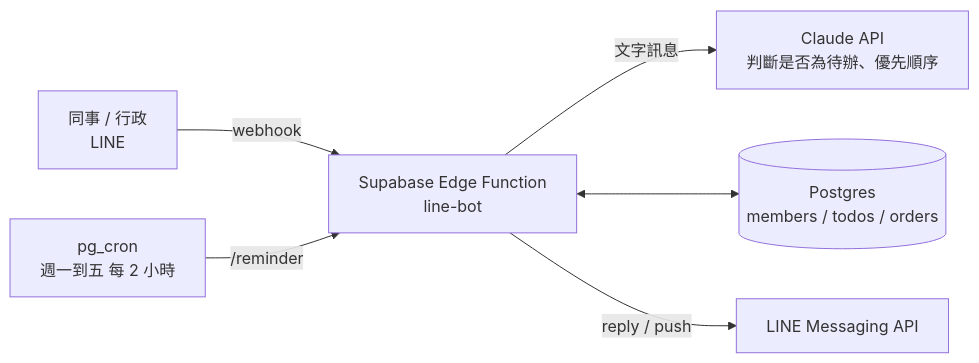
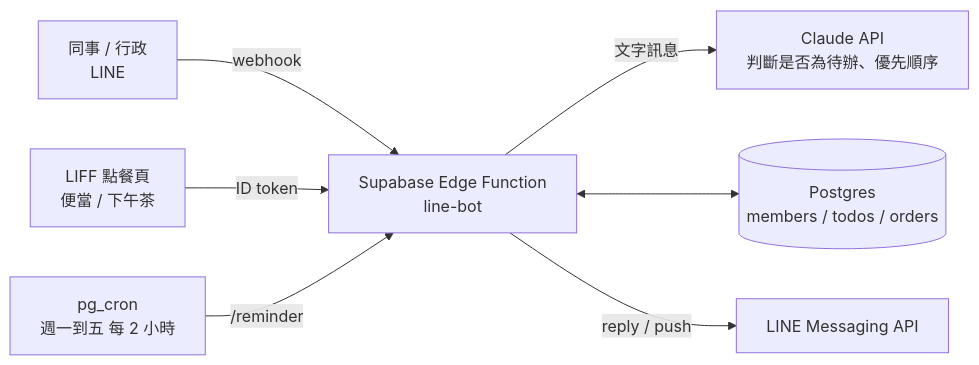
One commit to boawao/workflow changed the diagram in docs/line-bot-setup.md. Above: the diagram before and after it, drawn with Mermaid. The commit also changed other lines of this file and 7 other files, not shown here.

````diff
--- a/docs/line-bot-setup.md
+++ b/docs/line-bot-setup.md
@@ -82,8 +102,9 @@
 ```mermaid
 flowchart LR
     U["同事 / 行政<br/>LINE"] -->|webhook| F["Supabase Edge Function<br/>line-bot"]
     F -->|文字訊息| C["Claude API<br/>判斷是否為待辦、優先順序"]
     F <--> D[("Postgres<br/>members / todos / orders")]
+    P["LIFF 點餐頁<br/>便當 / 下午茶"] -->|ID token| F
     K["pg_cron<br/>週一到五 每 2 小時"] -->|/reminder| F
     F -->|reply / push| L["LINE Messaging API"]
 ```
````
